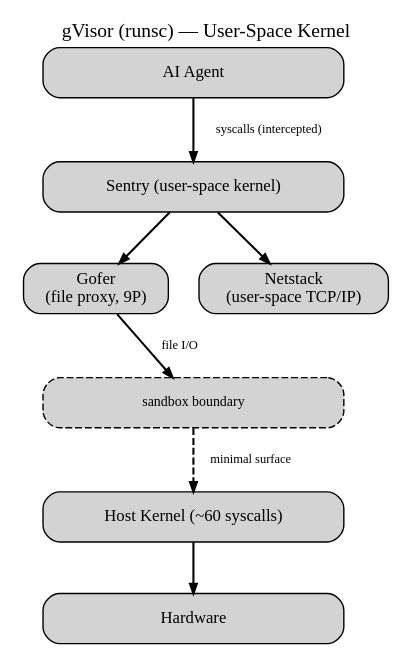
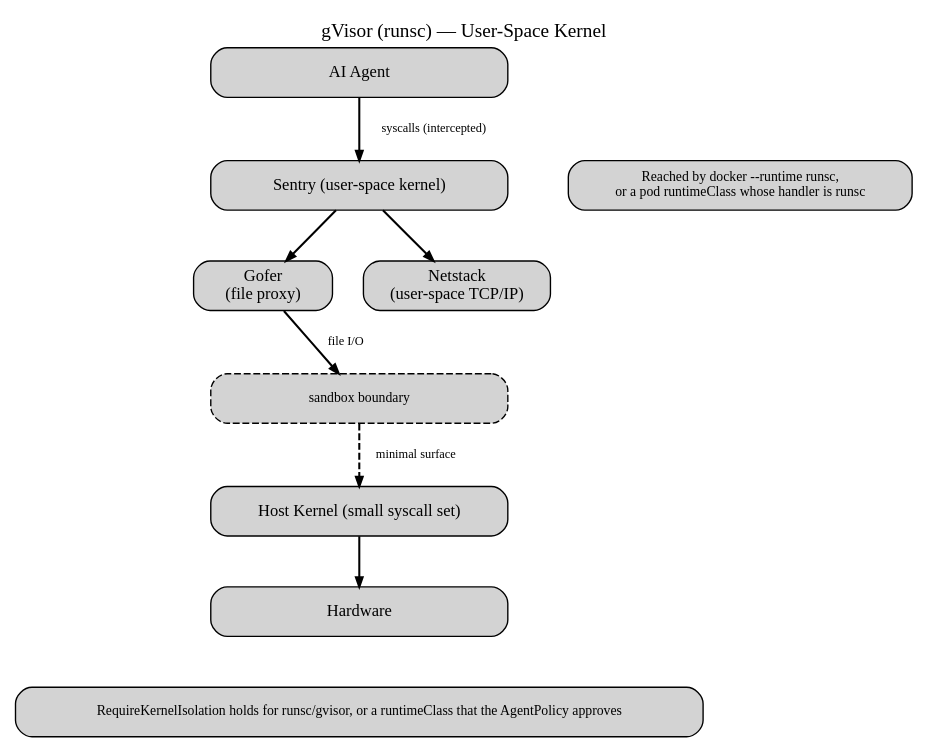
The diagram in packages/asset/asset-diagrams/05-gvisor.dot (xonovex/platform), drawn with Graphviz before and after one commit. The commit also changed 27 other files, not shown here.

Commit message:
docs(asset-diagrams): correct the sandbox diagrams against the code and add seatbelt, docker-sandboxes and openshell

```diff
--- a/packages/asset/asset-diagrams/05-gvisor.dot
+++ b/packages/asset/asset-diagrams/05-gvisor.dot
@@ -1,35 +1,40 @@
 digraph GVisor {
   rankdir=TB;
   splines=false;
   nodesep=0.3;
   ranksep=0.5;
   margin=0.3;
 
   node [shape=box, style="rounded,filled", fontsize=12, width=3, height=0.5];
   edge [fontsize=9, penwidth=1.5, arrowsize=0.7];
 
   label="gVisor (runsc) — User-Space Kernel";
   labelloc=t;
   fontsize=14;
 
   agent [label="AI Agent", role="actor"];
+  entry [label="Reached by docker --runtime runsc,\nor a pod runtimeClass whose handler is runsc", role="note", fontsize=10];
   sentry [label="Sentry (user-space kernel)"];
 
   subgraph {
     rank=same;
-    gofer [label="Gofer\n(file proxy, 9P)", width=1.4];
+    gofer [label="Gofer\n(file proxy)", width=1.4];
     netstack [label="Netstack\n(user-space TCP/IP)", width=1.4];
   }
 
   sb [label="sandbox boundary", role="risk", style="rounded,filled,dashed", fontsize=10];
-  kernel [label="Host Kernel (~60 syscalls)", role="strong"];
+  kernel [label="Host Kernel (small syscall set)", role="strong"];
   hw [label="Hardware", role="panel"];
+  guarantee [label="RequireKernelIsolation holds for runsc/gvisor, or a runtimeClass that the AgentPolicy approves", role="note", fontsize=10];
 
   agent -> sentry [label="  syscalls (intercepted)"];
   sentry -> gofer;
   sentry -> netstack;
   gofer -> sb [label="  file I/O"];
   netstack -> sb [style=invis];
   sb -> kernel [role="risk", style=dashed, label="  minimal surface"];
   kernel -> hw;
+  hw -> guarantee [style=invis];
+  { rank=same; sentry; entry; }
+  sentry -> entry [style=invis];
 }
```
